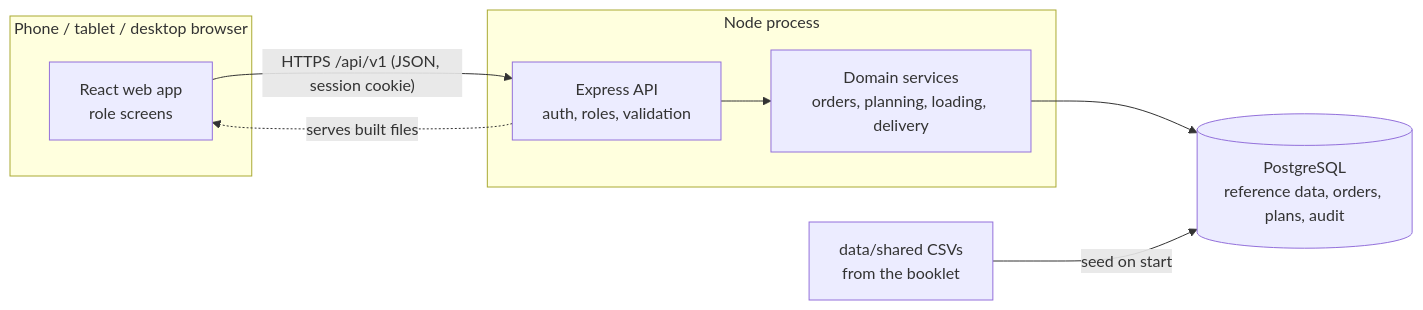
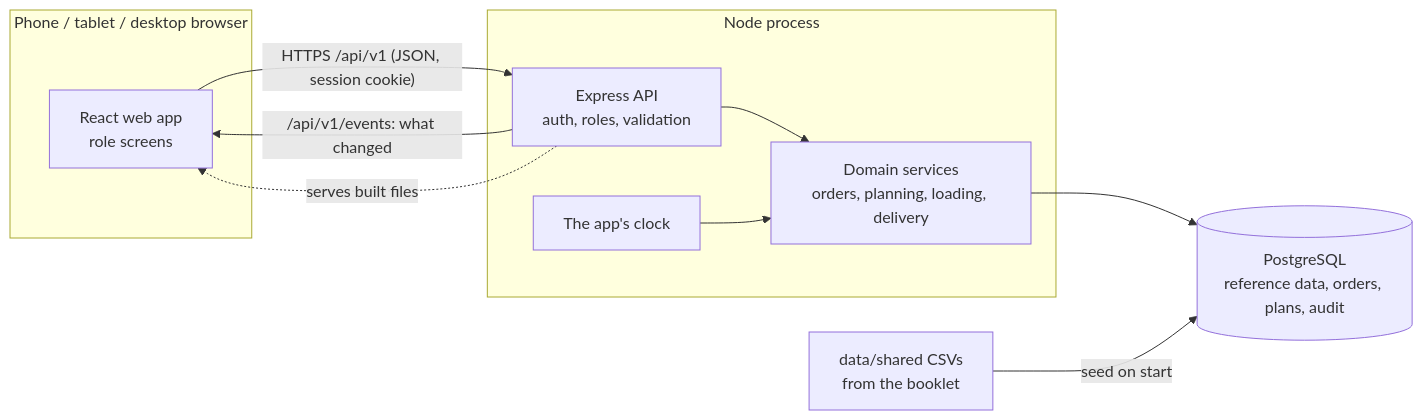
One commit to nabil11111/Vectorious_Wayfinder changed the diagram in docs/architecture.md. Above: the diagram before and after it, drawn with Mermaid. The commit also changed other lines of this file and 1 other file, not shown here.

Commit message:
write the demo day, its clock and the live updates into the readme and the architecture

````diff
--- a/docs/architecture.md
+++ b/docs/architecture.md
@@ -6,13 +6,15 @@
 ```mermaid
 flowchart LR
     subgraph Phone / tablet / desktop browser
       W[React web app<br/>role screens]
     end
     W -- "HTTPS /api/v1 (JSON, session cookie)" --> A
+    A -- "/api/v1/events: what changed" --> W
     subgraph Node process
       A[Express API<br/>auth, roles, validation] --> S[Domain services<br/>orders, planning, loading, delivery]
       A -. serves built files .-> W
+      K[The app's clock] --> S
     end
     S --> D[(PostgreSQL<br/>reference data, orders, plans, audit)]
     C[data/shared CSVs<br/>from the booklet] -- seed on start --> D
 ```
````
